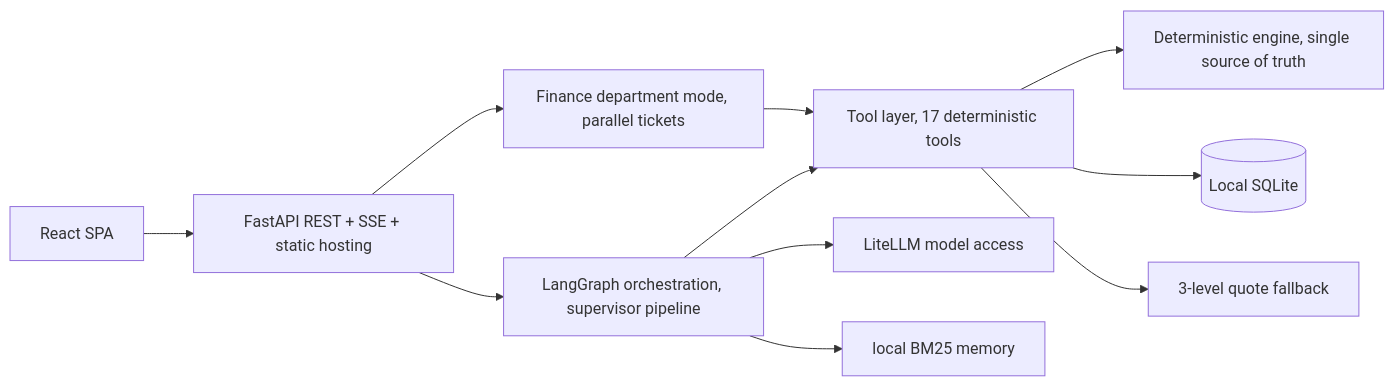
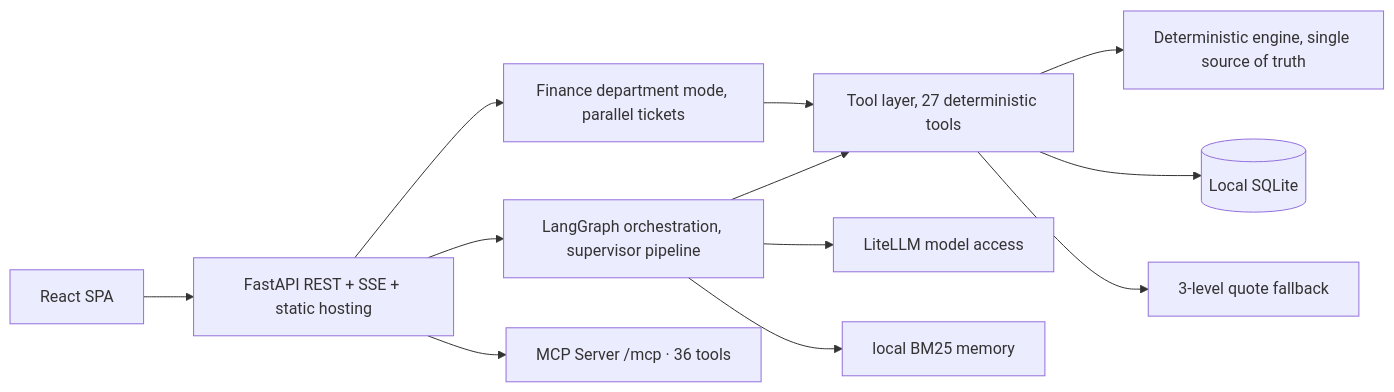
One commit to Morningstar202604/moneyhelper changed the diagram in README.md. Above: the diagram before and after it, drawn with Mermaid. The commit also changed other lines of this file and 159 other files, not shown here.

````diff
--- a/README.md
+++ b/README.md
@@ -149,13 +189,14 @@
 ```mermaid
 flowchart LR
     FE[React SPA] --> API[FastAPI REST + SSE + static hosting]
     API --> G[LangGraph orchestration, supervisor pipeline]
     API --> D[Finance department mode, parallel tickets]
-    G --> T[Tool layer, 17 deterministic tools]
+    G --> T[Tool layer, 27 deterministic tools]
     D --> T
     T --> K[Deterministic engine, single source of truth]
     T --> DB[(Local SQLite)]
     T --> Q[3-level quote fallback]
     G --> L[LiteLLM model access]
     G --> M[local BM25 memory]
+    API --> MCP[MCP Server /mcp · 36 tools]
 ```
````
